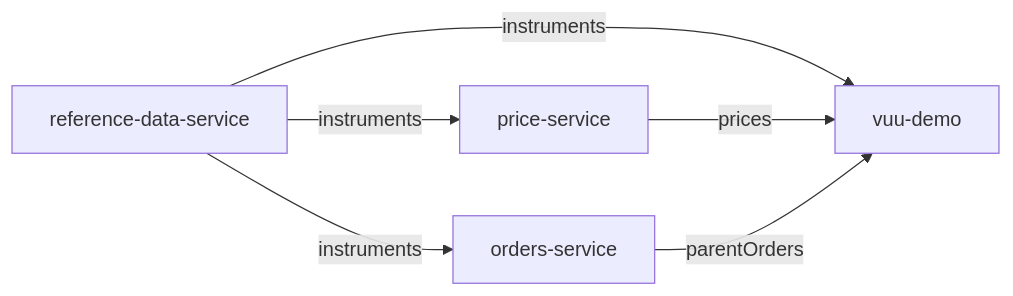
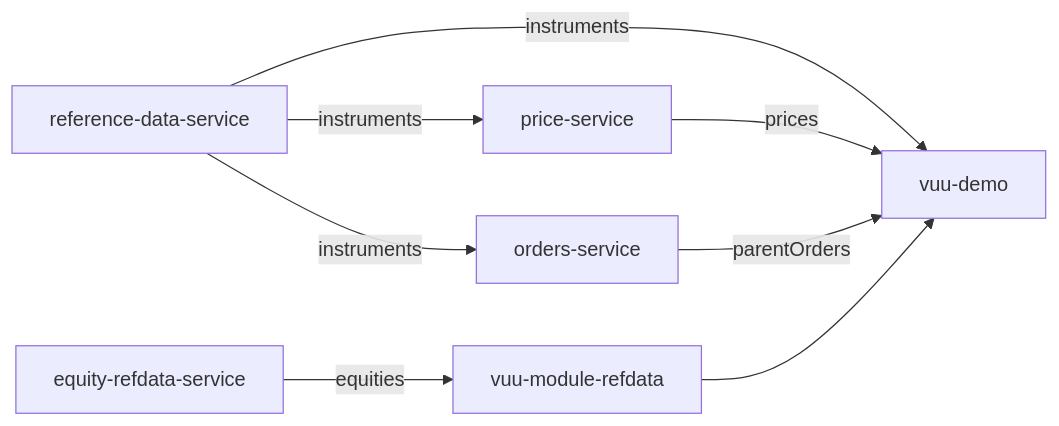
Before and after one commit to heswell/vuu-websocket: the diagram in docs/design/data-services.md, drawn with Mermaid. The commit also changed other lines of this file and 34 other files, not shown here.

First line of the commit message:
Add equity refdata service (ESMA/GLEIF/OpenFIGI) and reusable RefData module

````diff
--- a/docs/design/data-services.md
+++ b/docs/design/data-services.md
@@ -14,8 +15,10 @@
 ```mermaid
 flowchart LR
   RD[reference-data-service] -- instruments --> PS[price-service]
   RD -- instruments --> OS[orders-service]
   RD -- instruments --> VD[vuu-demo]
   PS -- prices --> VD
   OS -- parentOrders --> VD
+  EQ[equity-refdata-service] -- equities --> RM[vuu-module-refdata]
+  RM --> VD
 ```
````
